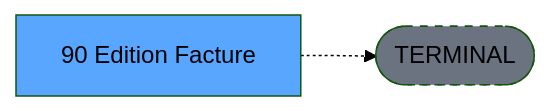
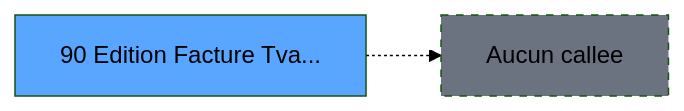
Before and after one commit to thonyAGP/magic-migration: the third of 3 diagrams in .openspec/specs/ADH-IDE-90.md, drawn with Mermaid (forest theme). The commit also changed other lines of this file and 253 other files, not shown here.

````diff
--- a/.openspec/specs/ADH-IDE-90.md
+++ b/.openspec/specs/ADH-IDE-90.md
@@ -141,8 +334,8 @@
 ```mermaid
 graph LR
-    T[90 Edition Facture]
-    TERM([TERMINAL])
-    T -.-> TERM
-    style TERM fill:#6b7280,stroke-dasharray: 5 5
-    style T fill:#58a6ff,color:#000
+    T90[90 Edition Facture Tva...]
+    style T90 fill:#58a6ff
+    NONE[Aucun callee]
+    T90 -.-> NONE
+    style NONE fill:#6b7280,stroke-dasharray: 5 5
 ```
````
